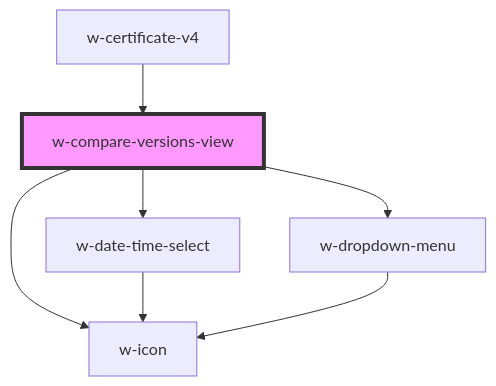
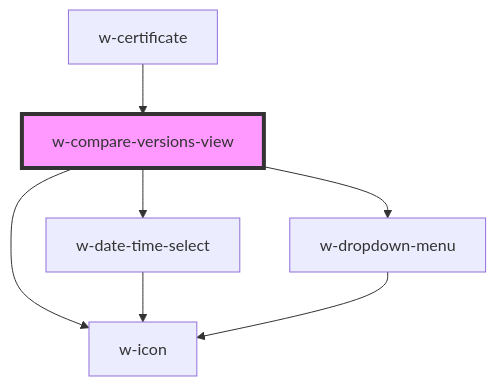
Before and after one commit to wordproof/ui: the diagram in src/components/w-certificate/views/w-compare-versions-view/readme.md, drawn with Mermaid. The commit also changed other lines of this file and 12 other files, not shown here.

````diff
--- a/src/components/w-certificate/views/w-compare-versions-view/readme.md
+++ b/src/components/w-certificate/views/w-compare-versions-view/readme.md
@@ -35,10 +35,10 @@
 ```mermaid
 graph TD;
   w-compare-versions-view --> w-date-time-select
   w-compare-versions-view --> w-icon
   w-compare-versions-view --> w-dropdown-menu
   w-date-time-select --> w-icon
   w-dropdown-menu --> w-icon
-  w-certificate-v4 --> w-compare-versions-view
+  w-certificate --> w-compare-versions-view
   style w-compare-versions-view fill:#f9f,stroke:#333,stroke-width:4px
 ```
````
